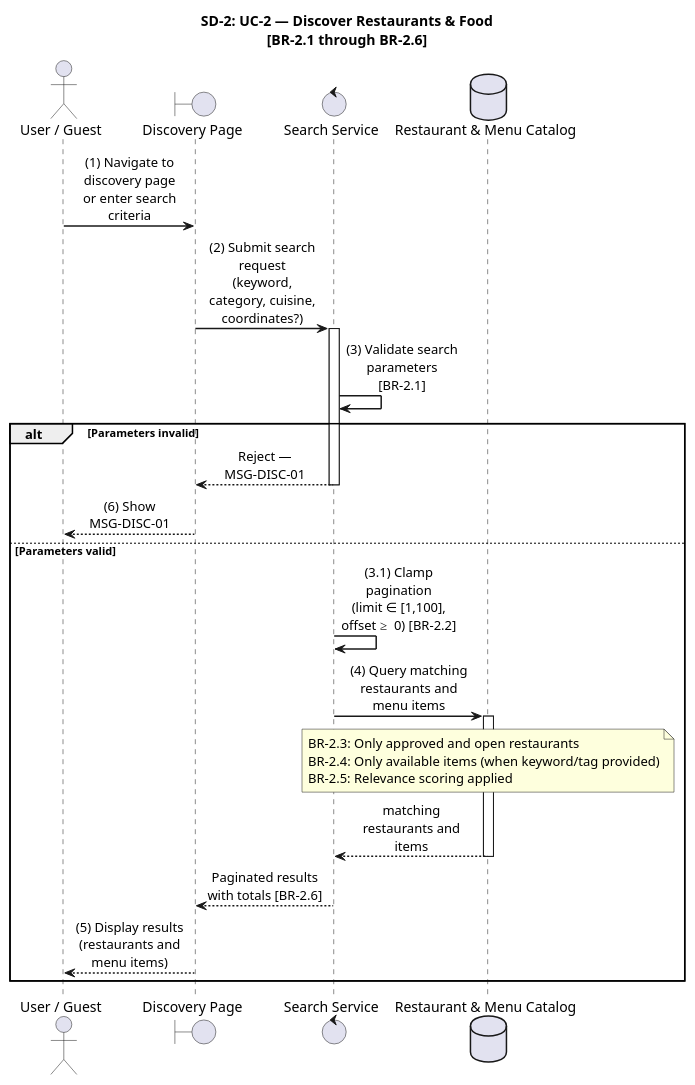
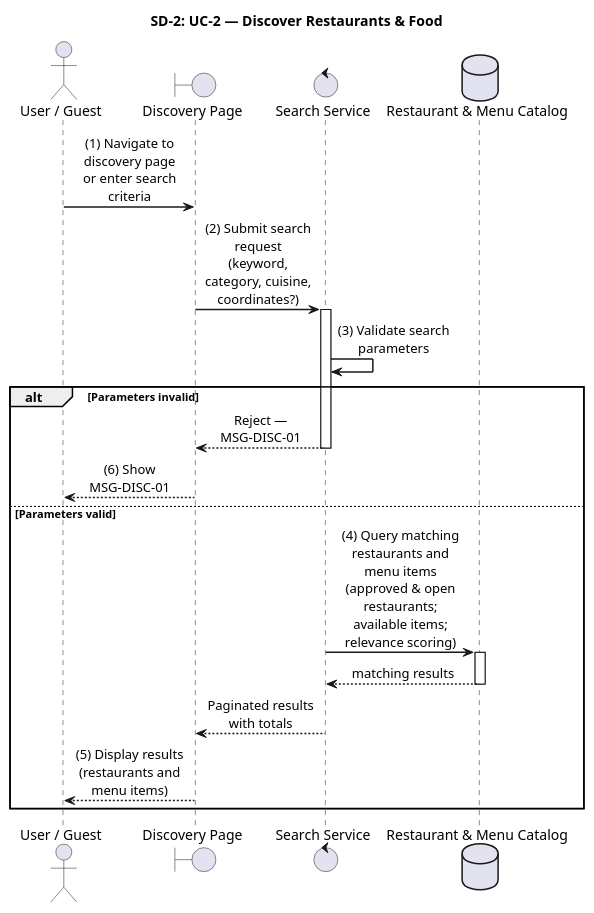
The second of 10 diagrams in apps/api/docs/Final_Documents/SRS_SequenceDiagrams.md (luubinhdeptrai/Food_Delivery), drawn with PlantUML before and after one commit. The commit also changed other lines of this file, not shown here.

Commit message:
add 10 sequence from 1-10

````diff
--- a/apps/api/docs/Final_Documents/SRS_SequenceDiagrams.md
+++ b/apps/api/docs/Final_Documents/SRS_SequenceDiagrams.md
@@ -157,44 +126,42 @@
 ```plantuml
 @startuml SD-2_DiscoverRestaurants
 
 skinparam shadowing false
 skinparam sequenceMessageAlign center
 skinparam responseMessageBelowArrow true
 skinparam maxMessageSize 120
 skinparam sequenceArrowThickness 1.5
 skinparam ParticipantPadding 20
 skinparam BoxPadding 10
 
-title SD-2: UC-2 — Discover Restaurants & Food\n[BR-2.1 through BR-2.6]
+title SD-2: UC-2 — Discover Restaurants & Food
 
 actor "User / Guest" as Actor
 boundary "Discovery Page" as UI
 control "Search Service" as SearchSvc
 database "Restaurant & Menu Catalog" as Catalog
 
 autonumber stop
 
 Actor -> UI : (1) Navigate to discovery page\nor enter search criteria
 UI -> SearchSvc : (2) Submit search request\n(keyword, category, cuisine, coordinates?)
 activate SearchSvc
 
-SearchSvc -> SearchSvc : (3) Validate search parameters [BR-2.1]
+SearchSvc -> SearchSvc : (3) Validate search parameters
 
 alt Parameters invalid
     SearchSvc --> UI : Reject — MSG-DISC-01
     deactivate SearchSvc
     UI --> Actor : (6) Show MSG-DISC-01
 else Parameters valid
-    SearchSvc -> SearchSvc : (3.1) Clamp pagination\n(limit ∈ [1,100], offset ≥ 0) [BR-2.2]
-    SearchSvc -> Catalog : (4) Query matching restaurants and menu items
+    SearchSvc -> Catalog : (4) Query matching restaurants and menu items\n(approved & open restaurants; available items; relevance scoring)
     activate Catalog
-    note over Catalog : BR-2.3: Only approved and open restaurants\nBR-2.4: Only available items (when keyword/tag provided)\nBR-2.5: Relevance scoring applied
-    Catalog --> SearchSvc : matching restaurants and items
+    Catalog --> SearchSvc : matching results
     deactivate Catalog
-    SearchSvc --> UI : Paginated results with totals [BR-2.6]
+    SearchSvc --> UI : Paginated results with totals
     deactivate SearchSvc
     UI --> Actor : (5) Display results\n(restaurants and menu items)
 end
 
 @enduml
 ```
````
